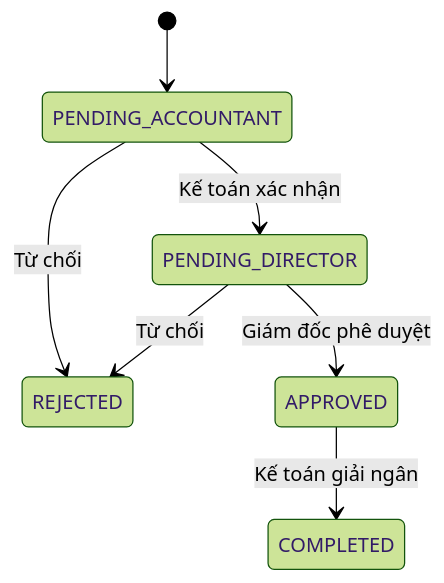
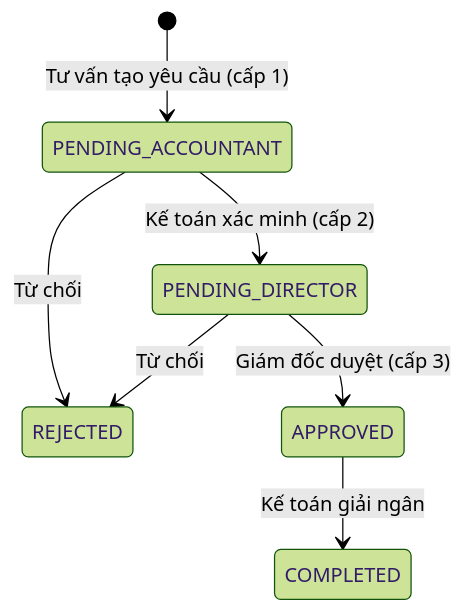
The fourth of 4 diagrams in services/finance/docs/finance-schema-spec.md (TamDaE2k5/english_center), drawn with Mermaid (forest theme) before and after one commit. The commit also changed other lines of this file and 26 other files, not shown here.

````diff
--- a/services/finance/docs/finance-schema-spec.md
+++ b/services/finance/docs/finance-schema-spec.md
@@ -374,9 +712,9 @@
 ```mermaid
 stateDiagram-v2
-    [*] --> PENDING_ACCOUNTANT
-    PENDING_ACCOUNTANT --> PENDING_DIRECTOR : Kế toán xác nhận
+    [*] --> PENDING_ACCOUNTANT : Tư vấn tạo yêu cầu (cấp 1)
+    PENDING_ACCOUNTANT --> PENDING_DIRECTOR : Kế toán xác minh (cấp 2)
     PENDING_ACCOUNTANT --> REJECTED : Từ chối
-    PENDING_DIRECTOR --> APPROVED : Giám đốc phê duyệt
+    PENDING_DIRECTOR --> APPROVED : Giám đốc duyệt (cấp 3)
     PENDING_DIRECTOR --> REJECTED : Từ chối
     APPROVED --> COMPLETED : Kế toán giải ngân
 ```
````
